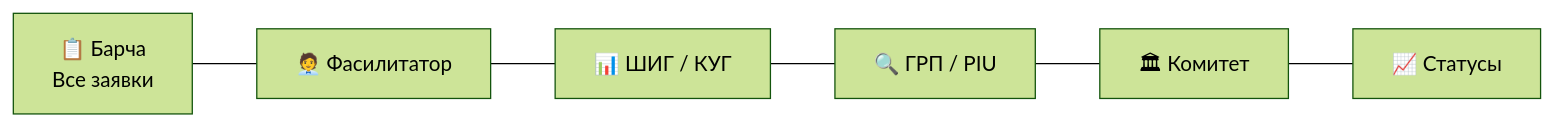
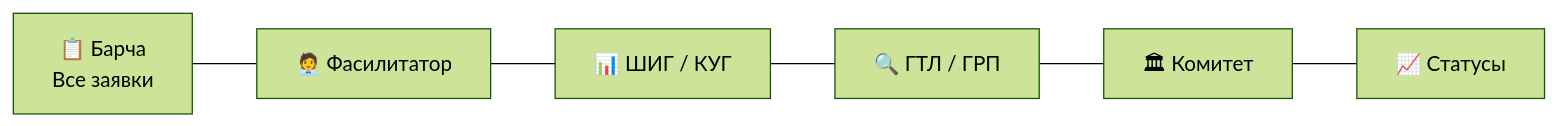
The second of 6 diagrams in docs/UI-GUIDE.md (firka-kh/eip-test), drawn with Mermaid (forest theme) before and after one commit. The commit also changed other lines of this file and 11 other files, not shown here.

````diff
--- a/docs/UI-GUIDE.md
+++ b/docs/UI-GUIDE.md
@@ -52,11 +52,11 @@
 ```mermaid
 graph LR
     ALL["📋 Барча<br/>Все заявки"]
     FAC["🧑‍💼 Фасилитатор"]
     GMC["📊 ШИГ / КУГ"]
-    PIU["🔍 ГРП / PIU"]
+    PIU["🔍 ГТЛ / ГРП"]
     COM["🏛 Комитет"]
     STS["📈 Статусы"]
     
     ALL --- FAC --- GMC --- PIU --- COM --- STS
 ```
````
